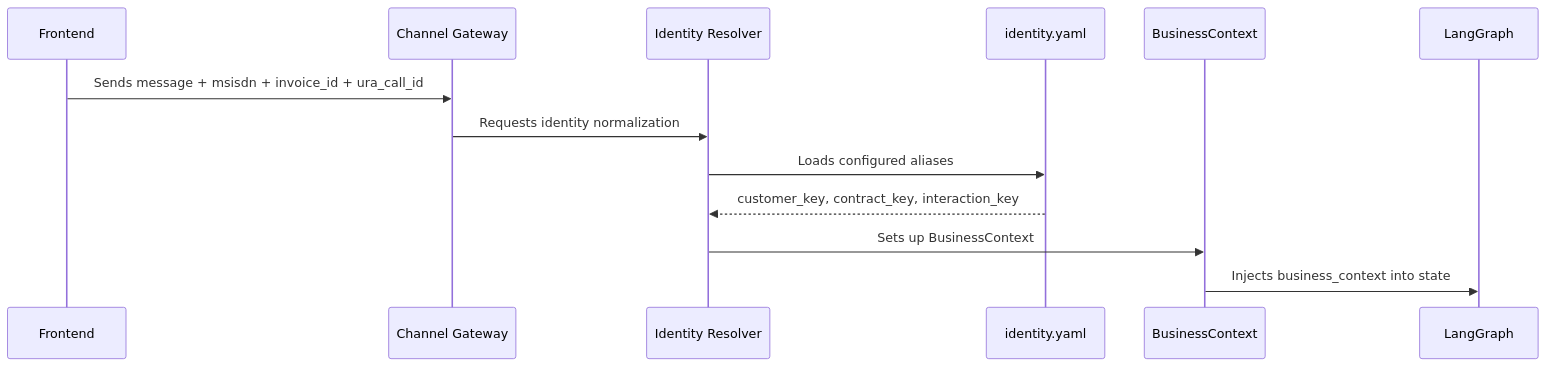
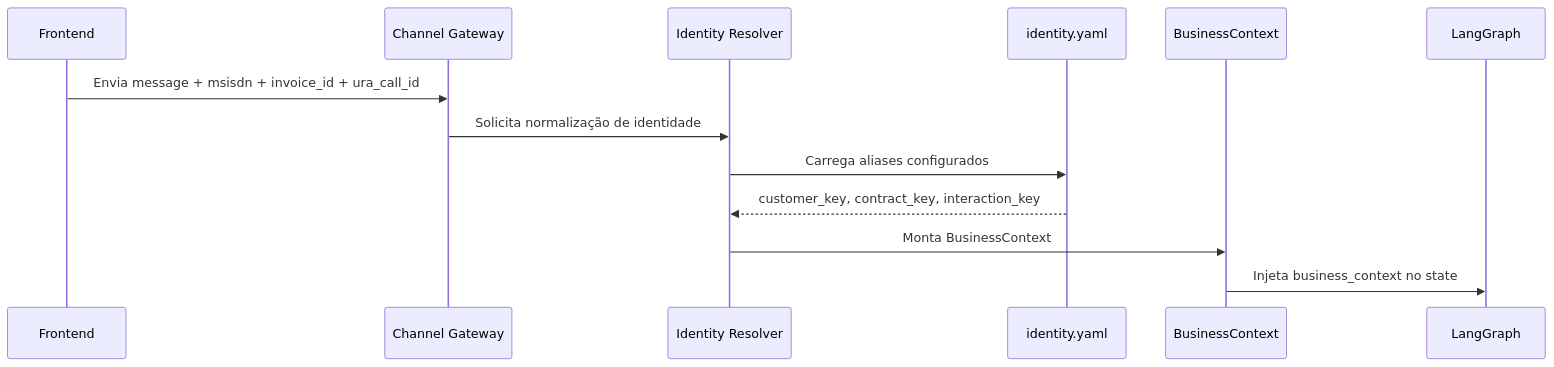
One commit to hoshikawa2/agent_framework_oci_2 changed the third of 8 diagrams in README.md. Above: the diagram before and after it, drawn with Mermaid. The commit also changed other lines of this file and 227 other files, not shown here.

````diff
--- a/README.md
+++ b/README.md
@@ -3849,16 +3863,16 @@
 ```mermaid
 sequenceDiagram
-participant FE as Frontend
-participant GW as Channel Gateway
-participant IR as Identity Resolver
-participant YAML as identity.yaml
-participant BC as BusinessContext
-participant LG as LangGraph
+    participant FE as Frontend
+    participant GW as Channel Gateway
+    participant IR as Identity Resolver
+    participant YAML as identity.yaml
+    participant BC as BusinessContext
+    participant LG as LangGraph
 
-    FE->>GW: Sends message + msisdn + invoice_id + ura_call_id
-    GW->>IR: Requests identity normalization
-    IR->>YAML: Loads configured aliases
+    FE->>GW: Envia message + msisdn + invoice_id + ura_call_id
+    GW->>IR: Solicita normalização de identidade
+    IR->>YAML: Carrega aliases configurados
     YAML-->>IR: customer_key, contract_key, interaction_key
-    IR->>BC: Sets up BusinessContext
-    BC->>LG: Injects business_context into state
+    IR->>BC: Monta BusinessContext
+    BC->>LG: Injeta business_context no state
 ```
````
